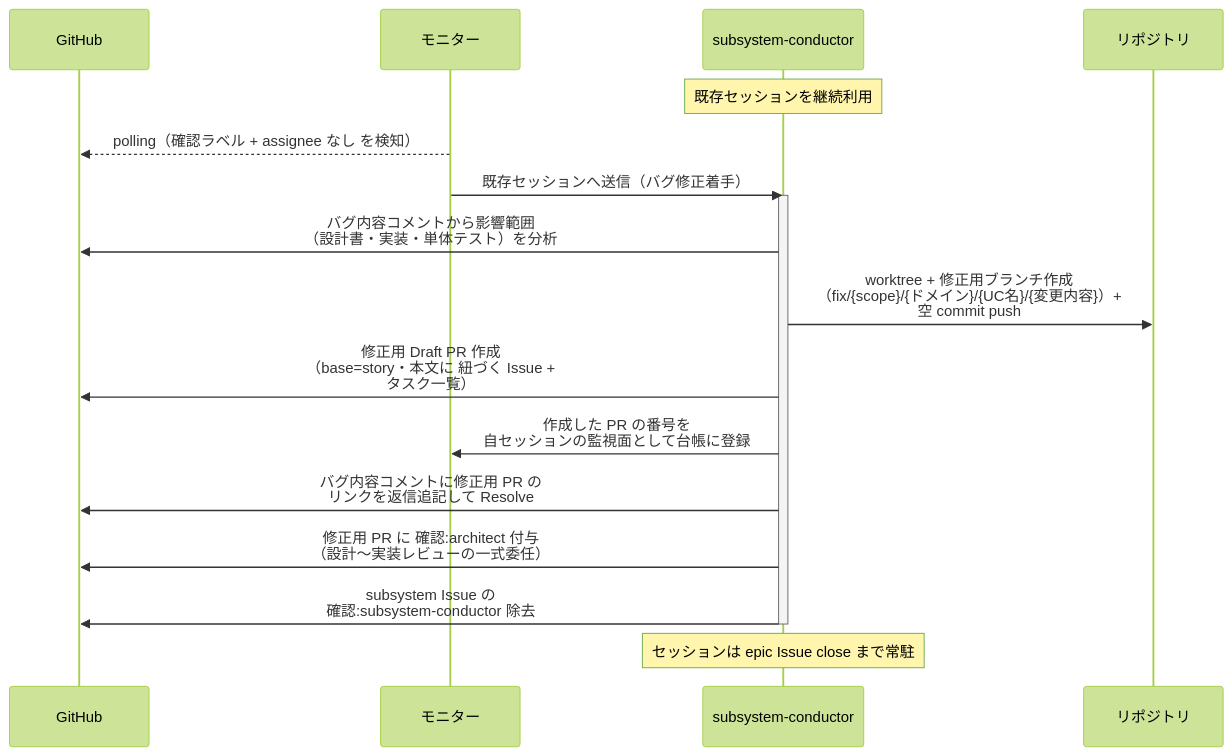
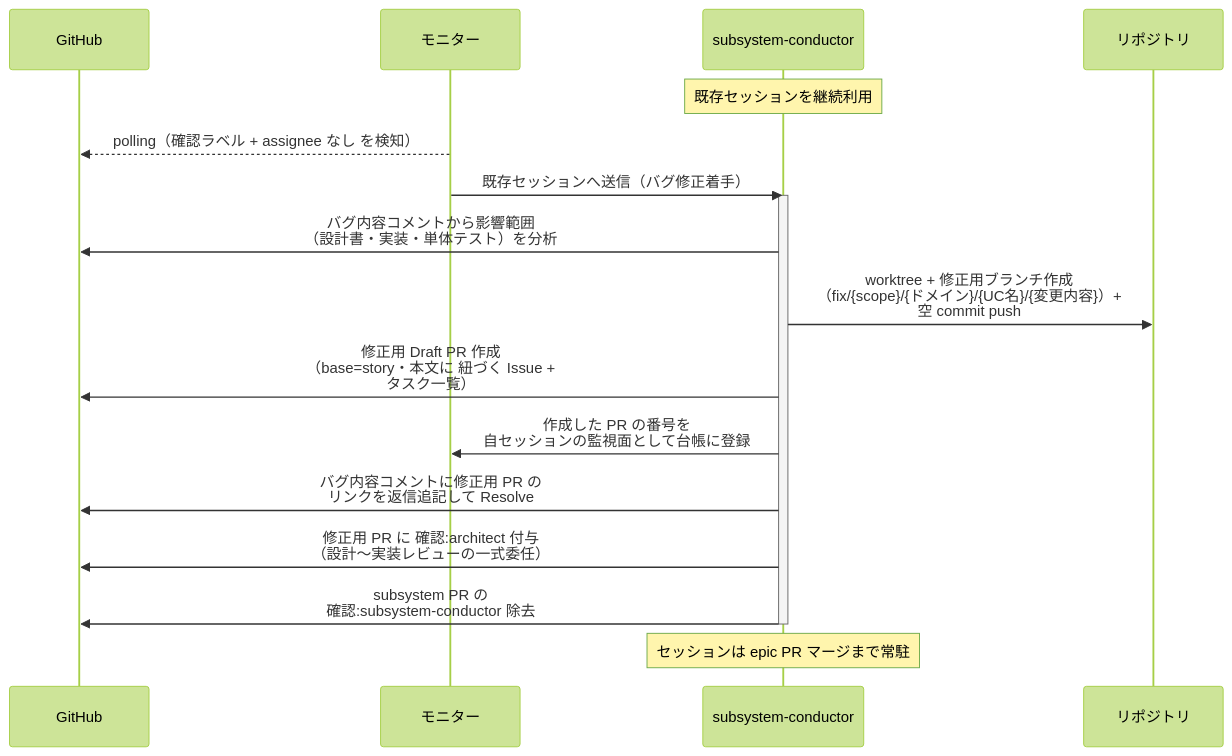
The first of 2 diagrams in docs/wiki/設計図/シナリオ/単一ユースケース/バグ修正着手.md (shuhei1101/ai-monitor), drawn with Mermaid (forest theme) before and after one commit. The commit also changed other lines of this file and 256 other files, not shown here.

````diff
--- a/docs/wiki/設計図/シナリオ/単一ユースケース/バグ修正着手.md
+++ b/docs/wiki/設計図/シナリオ/単一ユースケース/バグ修正着手.md
@@ -25,21 +25,21 @@
 ```mermaid
 sequenceDiagram
   participant GH as GitHub
   participant ORC as モニター
   participant MON as subsystem-conductor
   participant REPO as リポジトリ
 
   Note over MON: 既存セッションを継続利用
   ORC-->>GH: polling（確認ラベル + assignee なし を検知）
   ORC->>MON: 既存セッションへ送信（バグ修正着手）
   activate MON
   MON->>GH: バグ内容コメントから影響範囲<br>（設計書・実装・単体テスト）を分析
   MON->>REPO: worktree + 修正用ブランチ作成<br>（fix/{scope}/{ドメイン}/{UC名}/{変更内容}）+<br>空 commit push
   MON->>GH: 修正用 Draft PR 作成<br>（base=story・本文に 紐づく Issue +<br>タスク一覧）
   MON->>ORC: 作成した PR の番号を<br>自セッションの監視面として台帳に登録
   MON->>GH: バグ内容コメントに修正用 PR の<br>リンクを返信追記して Resolve
   MON->>GH: 修正用 PR に 確認:architect 付与<br>（設計〜実装レビューの一式委任）
-  MON->>GH: subsystem Issue の<br>確認:subsystem-conductor 除去
+  MON->>GH: subsystem PR の<br>確認:subsystem-conductor 除去
   deactivate MON
-  Note over MON: セッションは epic Issue close まで常駐
+  Note over MON: セッションは epic PR マージまで常駐
 ```
````
